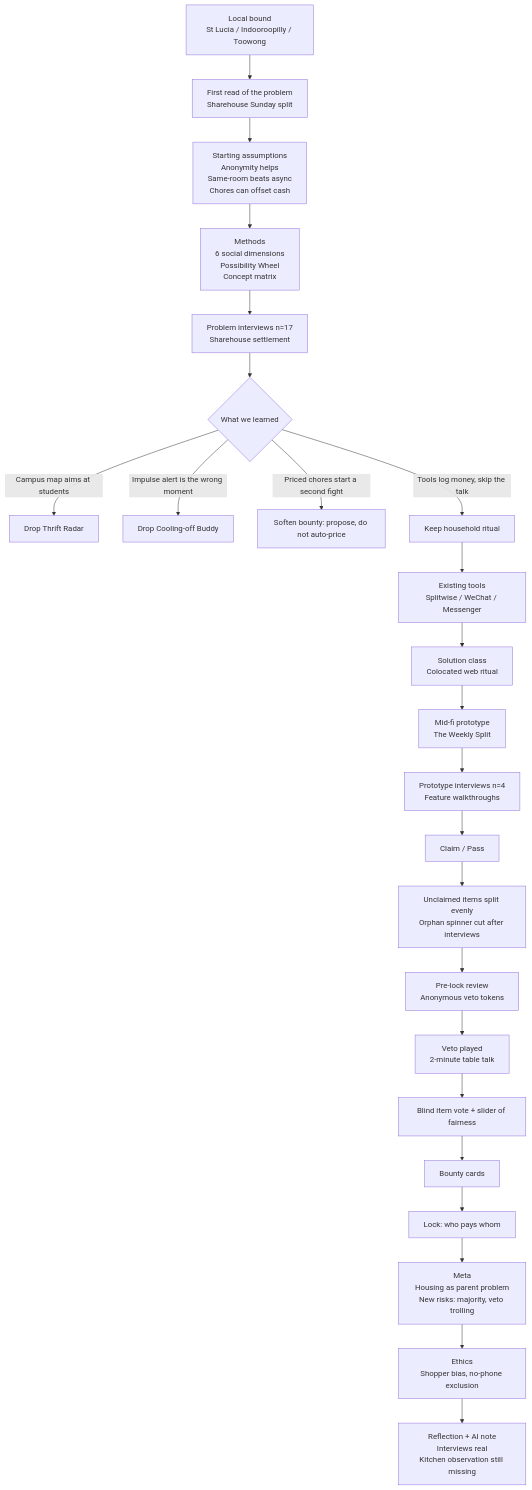
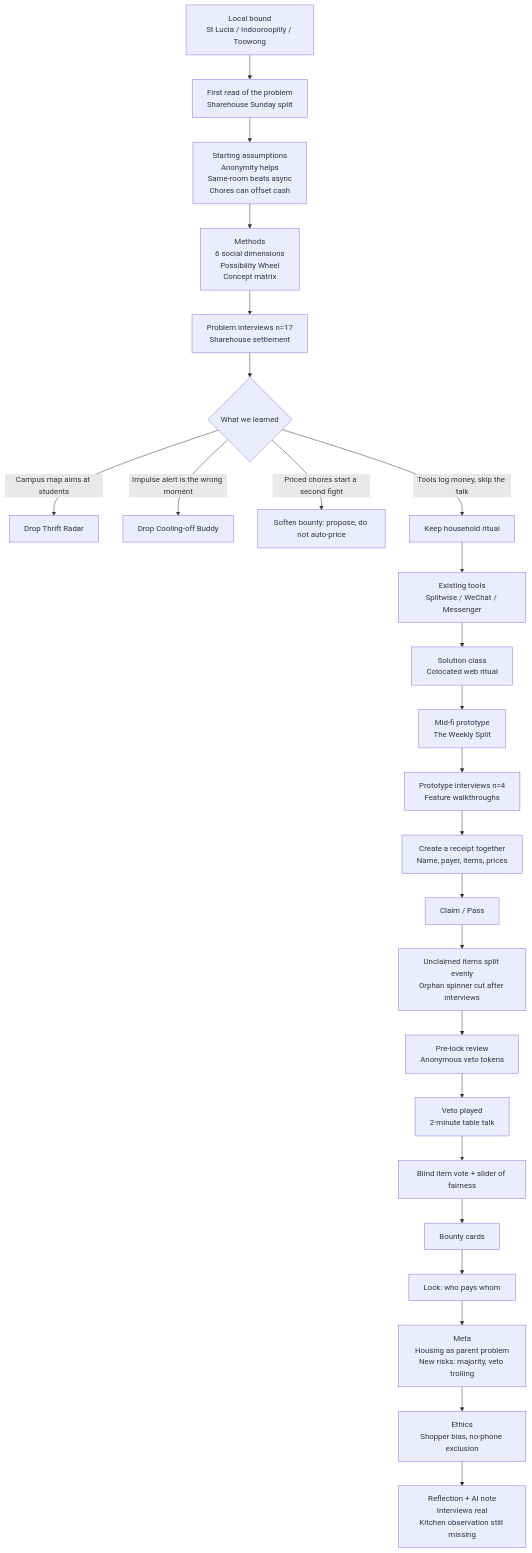
One commit to MaloneWayne/Deco3500-Team-17 changed the diagram in wiki/Process-Flow.md. Above: the diagram before and after it, drawn with Mermaid. The commit also changed other lines of this file and 9 other files, not shown here.

First line of the commit message:
Add a shared Create a receipt step before claim/pass.

````diff
--- a/wiki/Process-Flow.md
+++ b/wiki/Process-Flow.md
@@ -5,26 +5,27 @@
 ```mermaid
 flowchart TD
   A[Local bound<br/>St Lucia / Indooroopilly / Toowong] --> B[First read of the problem<br/>Sharehouse Sunday split]
   B --> C[Starting assumptions<br/>Anonymity helps<br/>Same-room beats async<br/>Chores can offset cash]
   C --> D[Methods<br/>6 social dimensions<br/>Possibility Wheel<br/>Concept matrix]
   D --> E[Problem interviews n=17<br/>Sharehouse settlement]
   E --> F{What we learned}
   F -->|Campus map aims at students| G[Drop Thrift Radar]
   F -->|Impulse alert is the wrong moment| H[Drop Cooling-off Buddy]
   F -->|Priced chores start a second fight| I[Soften bounty: propose, do not auto-price]
   F -->|Tools log money, skip the talk| J[Keep household ritual]
   J --> K[Existing tools<br/>Splitwise / WeChat / Messenger]
   K --> L[Solution class<br/>Colocated web ritual]
   L --> M[Mid-fi prototype<br/>The Weekly Split]
   M --> W[Prototype interviews n=4<br/>Feature walkthroughs]
-  W --> N[Claim / Pass]
+  W --> X[Create a receipt together<br/>Name, payer, items, prices]
+  X --> N[Claim / Pass]
   N --> O[Unclaimed items split evenly<br/>Orphan spinner cut after interviews]
   O --> P[Pre-lock review<br/>Anonymous veto tokens]
   P --> P2[Veto played<br/>2-minute table talk]
   P2 --> Q[Blind item vote + slider of fairness]
   Q --> R[Bounty cards]
   R --> S[Lock: who pays whom]
   S --> T[Meta<br/>Housing as parent problem<br/>New risks: majority, veto trolling]
   T --> U[Ethics<br/>Shopper bias, no-phone exclusion]
   U --> V[Reflection + AI note<br/>Interviews real<br/>Kitchen observation still missing]
 ```
````
